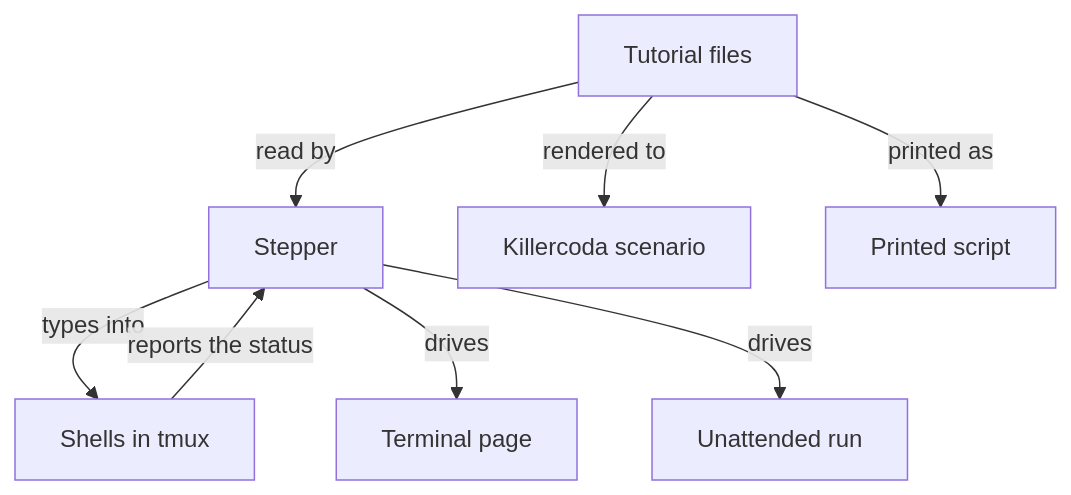
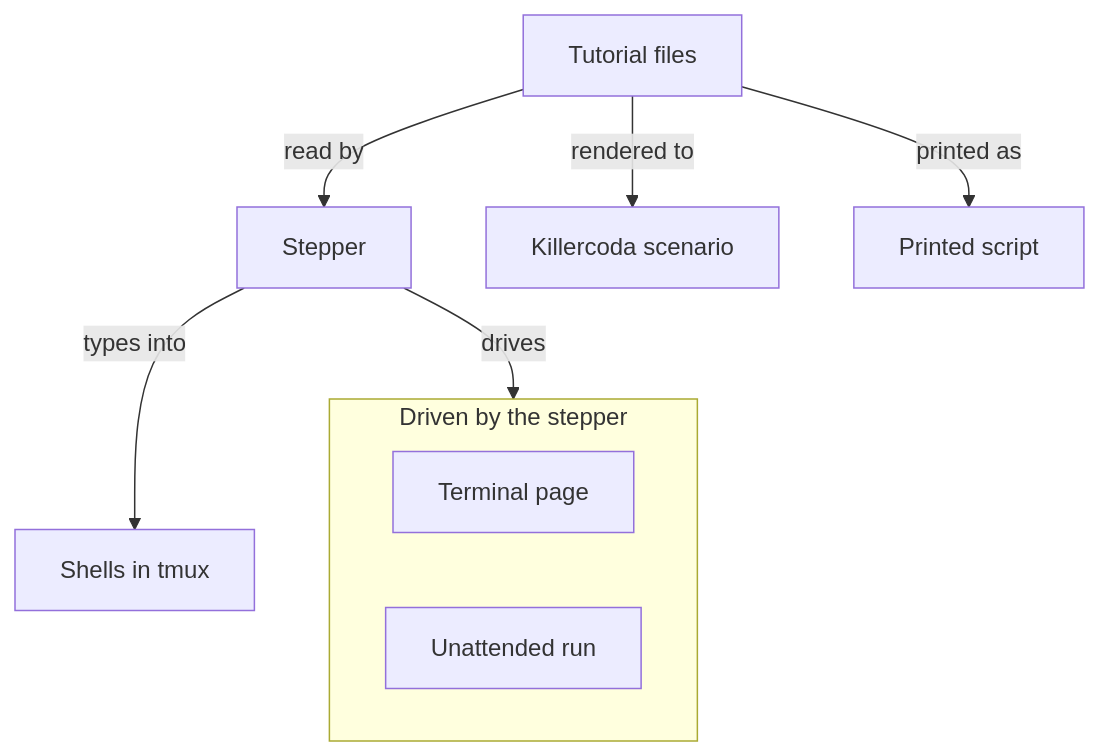
One commit to lambdasistemi/tutorial-stepper changed the diagram in docs/index.md. Above: the diagram before and after it, drawn with Mermaid. The commit also changed other lines of this file and 8 other files, not shown here.

````diff
--- a/docs/index.md
+++ b/docs/index.md
@@ -29,17 +29,18 @@
 ```mermaid
 flowchart TD
   tutorial["Tutorial files"]
   stepper["Stepper"]
-  shells["Shells in tmux"]
-  face["Terminal page"]
-  unattended["Unattended run"]
   scenario["Killercoda scenario"]
   printed["Printed script"]
   tutorial -->|"read by"| stepper
-  stepper -->|"types into"| shells
-  shells -->|"reports the status"| stepper
-  stepper -->|"drives"| face
-  stepper -->|"drives"| unattended
   tutorial -->|"rendered to"| scenario
   tutorial -->|"printed as"| printed
+  subgraph driven ["Driven by the stepper"]
+    direction LR
+    face["Terminal page"]
+    unattended["Unattended run"]
+  end
+  stepper -->|"drives"| driven
+  shells["Shells in tmux"]
+  stepper -->|"types into"| shells
 ```
````
